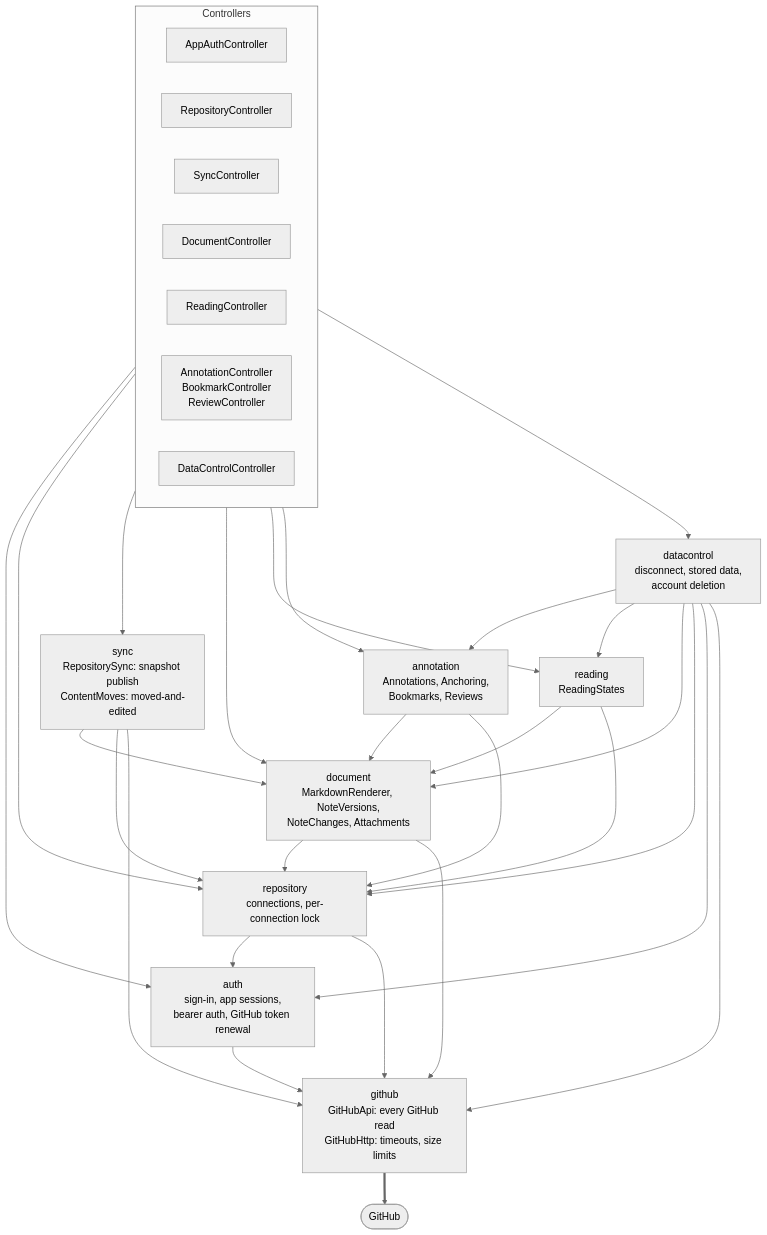
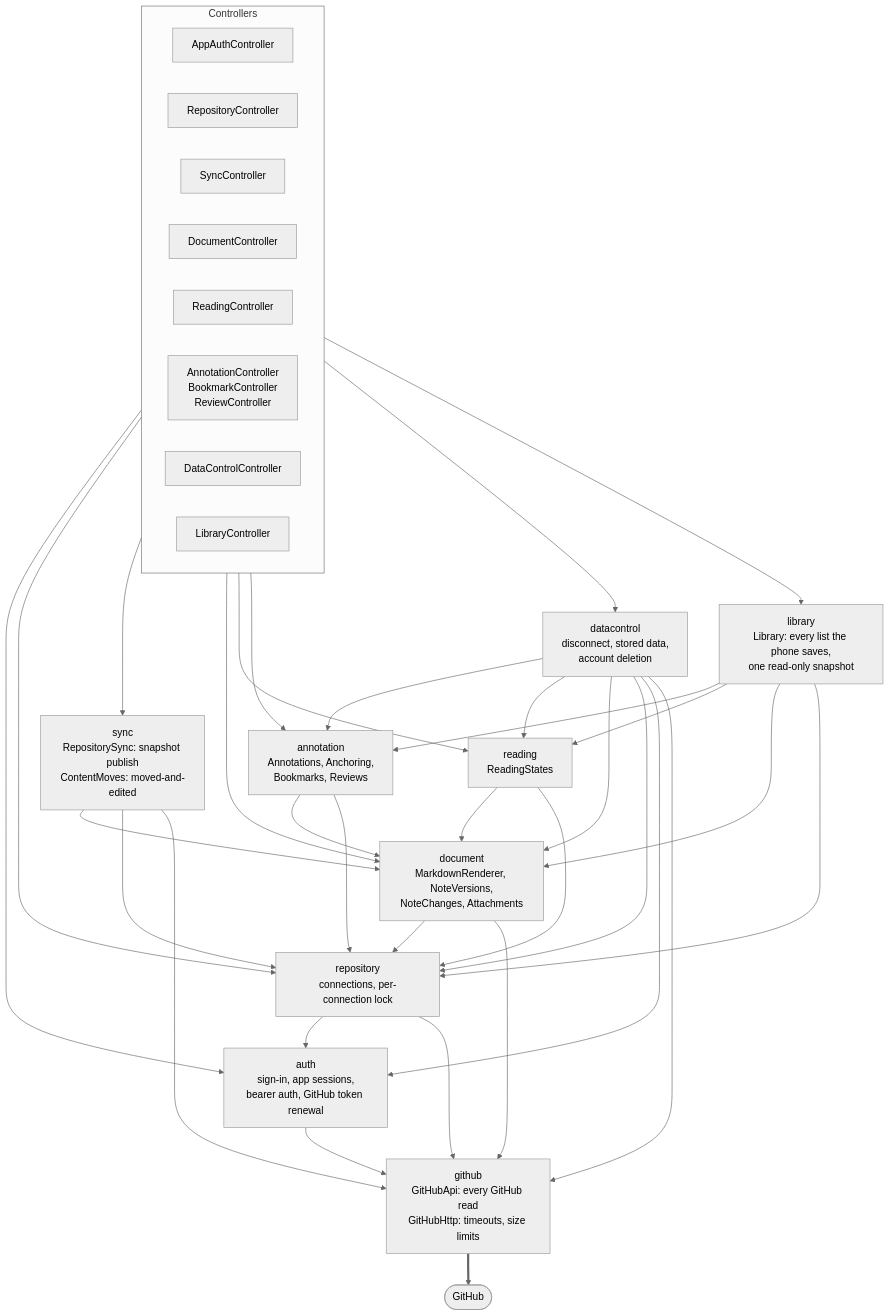
Before and after one commit to jaxwong/reporead: the third of 12 diagrams in docs/architecture.md, drawn with Mermaid (neutral theme). The commit also changed other lines of this file and 4 other files, not shown here.

First line of the commit message:
Record the one-snapshot library read in the docs

````diff
--- a/docs/architecture.md
+++ b/docs/architecture.md
@@ -95,51 +95,58 @@
 ```mermaid
 flowchart TB
     subgraph HTTP["Controllers"]
         direction LR
         AuthC["AppAuthController"]
         RepoC["RepositoryController"]
         SyncC["SyncController"]
         DocC["DocumentController"]
         ReadC["ReadingController"]
         AnnC["AnnotationController<br/>BookmarkController<br/>ReviewController"]
         DataC["DataControlController"]
+        LibC["LibraryController"]
     end
 
     datacontrol["datacontrol<br/>disconnect, stored data,<br/>account deletion"]
+    library["library<br/>Library: every list the phone saves,<br/>one read-only snapshot"]
     sync["sync<br/>RepositorySync: snapshot publish<br/>ContentMoves: moved-and-edited"]
     annotation["annotation<br/>Annotations, Anchoring,<br/>Bookmarks, Reviews"]
     reading["reading<br/>ReadingStates"]
     document["document<br/>MarkdownRenderer, NoteVersions,<br/>NoteChanges, Attachments"]
     repository["repository<br/>connections, per-connection lock"]
     auth["auth<br/>sign-in, app sessions,<br/>bearer auth, GitHub token renewal"]
     github["github<br/>GitHubApi: every GitHub read<br/>GitHubHttp: timeouts, size limits"]
 
     AuthC --> auth
     RepoC --> repository
     SyncC --> sync
     DocC --> document
     ReadC --> reading
     AnnC --> annotation
     DataC --> datacontrol
+    LibC --> library
 
     datacontrol --> annotation
     datacontrol --> reading
     datacontrol --> document
     datacontrol --> repository
     datacontrol --> auth
     datacontrol --> github
+    library --> annotation
+    library --> reading
+    library --> document
+    library --> repository
     sync --> document
     sync --> repository
     sync --> github
     annotation --> document
     annotation --> repository
     reading --> document
     reading --> repository
     document --> repository
     document --> github
     repository --> auth
     repository --> github
     auth --> github
 
     github ==> GH(["GitHub"])
 ```
````
